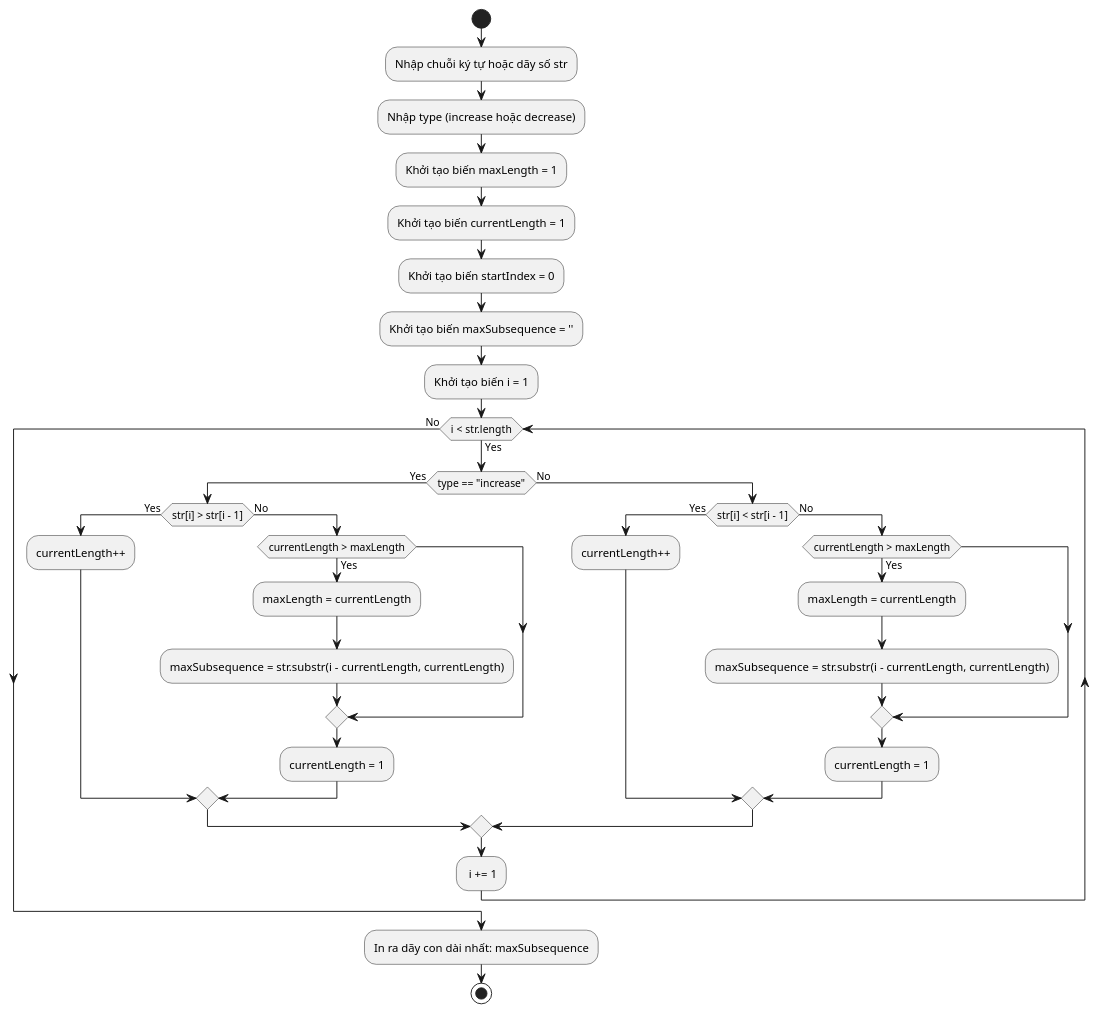
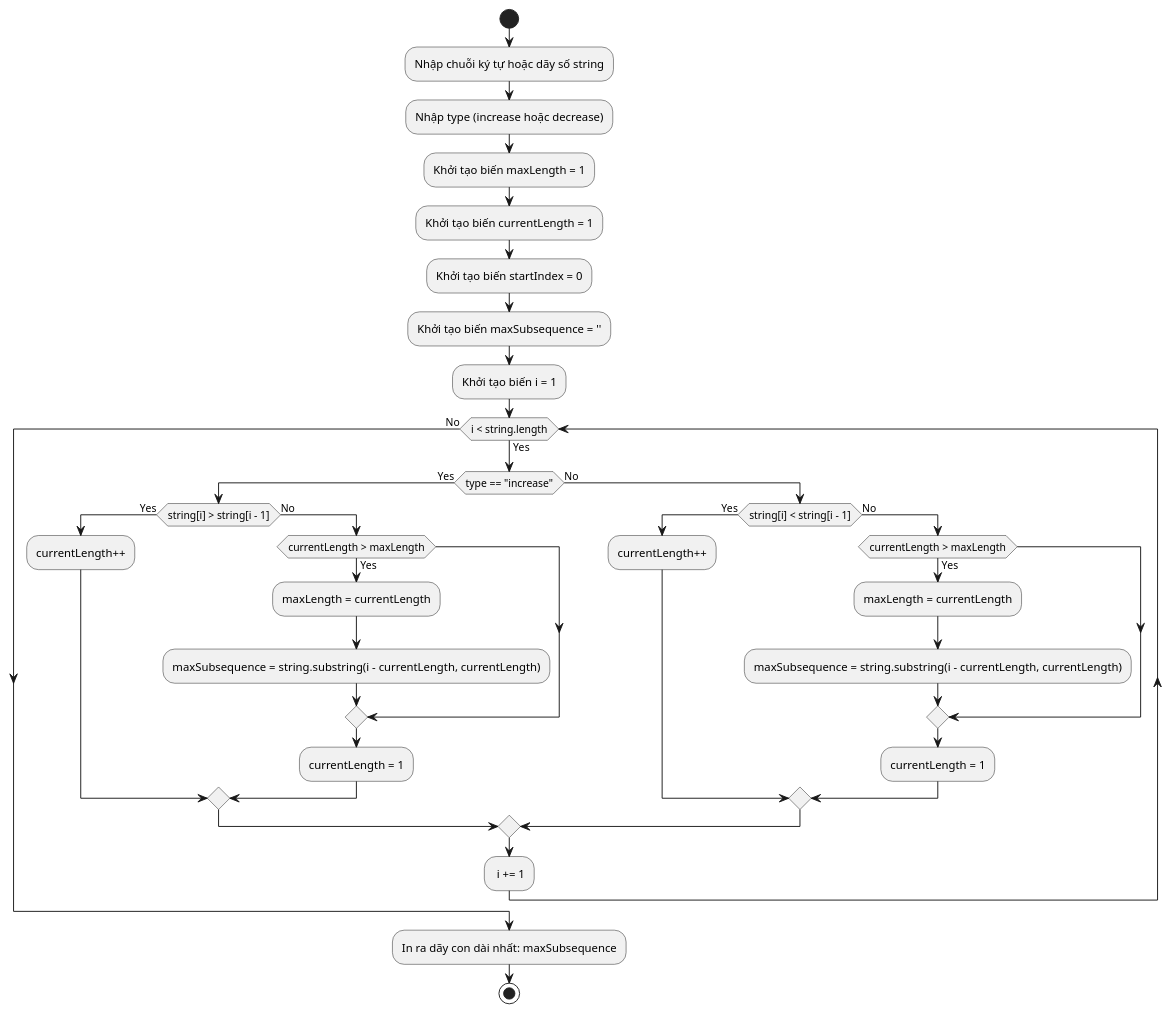
The diagram in e9/9a.puml (manhcuongno3/SET-619), drawn with PlantUML before and after one commit. The commit also changed 13 other files, not shown here.

```diff
--- a/e9/9a.puml
+++ b/e9/9a.puml
@@ -2,36 +2,36 @@
 @startuml 9a
 start
-:Nhập chuỗi ký tự hoặc dãy số str;
+:Nhập chuỗi ký tự hoặc dãy số string;
 :Nhập type (increase hoặc decrease);
 :Khởi tạo biến maxLength = 1;
 :Khởi tạo biến currentLength = 1;
 :Khởi tạo biến startIndex = 0;
 :Khởi tạo biến maxSubsequence = '';
 :Khởi tạo biến i = 1;
-while (i < str.length) is (Yes)
+while (i < string.length) is (Yes)
     if (type == "increase") then (Yes)
-        if (str[i] > str[i - 1]) then (Yes)
+        if (string[i] > string[i - 1]) then (Yes)
             :currentLength++;
         else (No)
             if (currentLength > maxLength) then (Yes)
                 :maxLength = currentLength;
-                :maxSubsequence = str.substr(i - currentLength, currentLength);
+                :maxSubsequence = string.substring(i - currentLength, currentLength);
             endif
             :currentLength = 1;
         endif
     else (No)
-        if (str[i] < str[i - 1]) then (Yes)
+        if (string[i] < string[i - 1]) then (Yes)
             :currentLength++;
         else (No)
             if (currentLength > maxLength) then (Yes)
                 :maxLength = currentLength;
-                :maxSubsequence = str.substr(i - currentLength, currentLength);
+                :maxSubsequence = string.substring(i - currentLength, currentLength);
             endif
             :currentLength = 1;
         endif
     endif
     : i += 1;
 endwhile (No)
 :In ra dãy con dài nhất: maxSubsequence;
 stop
 @enduml
```
